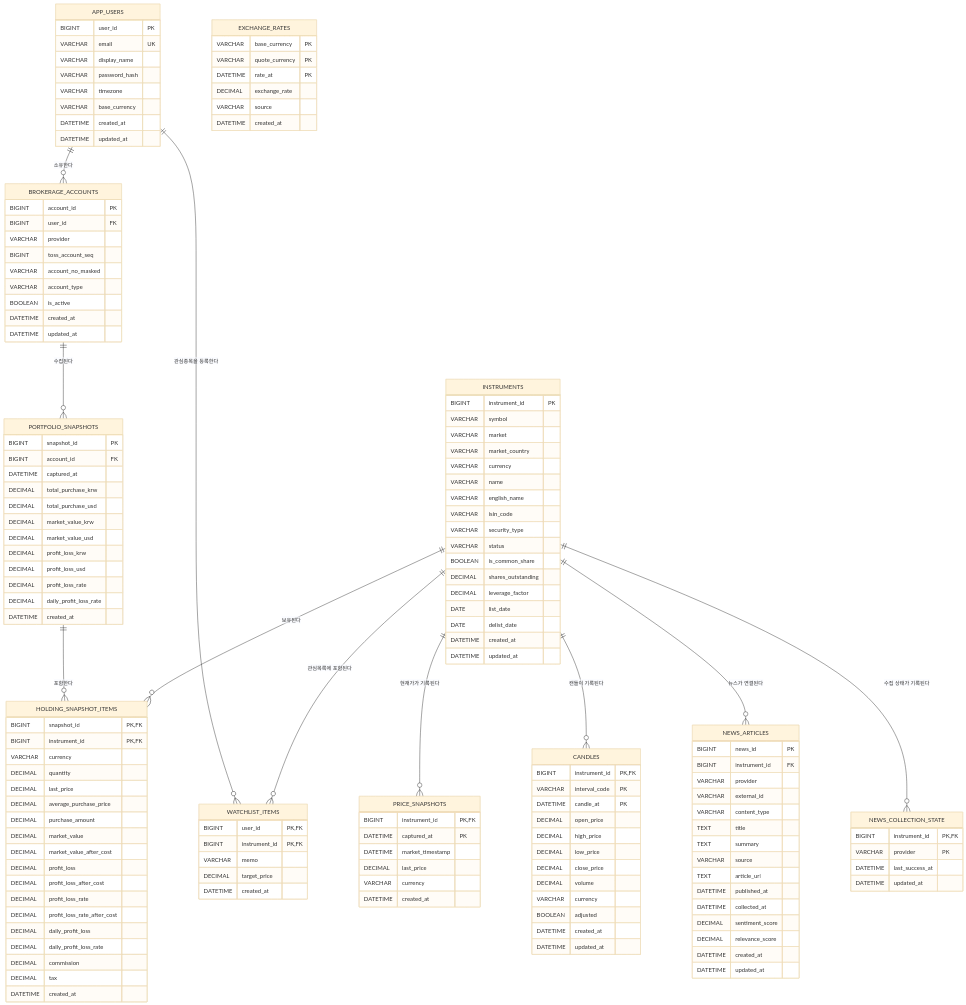
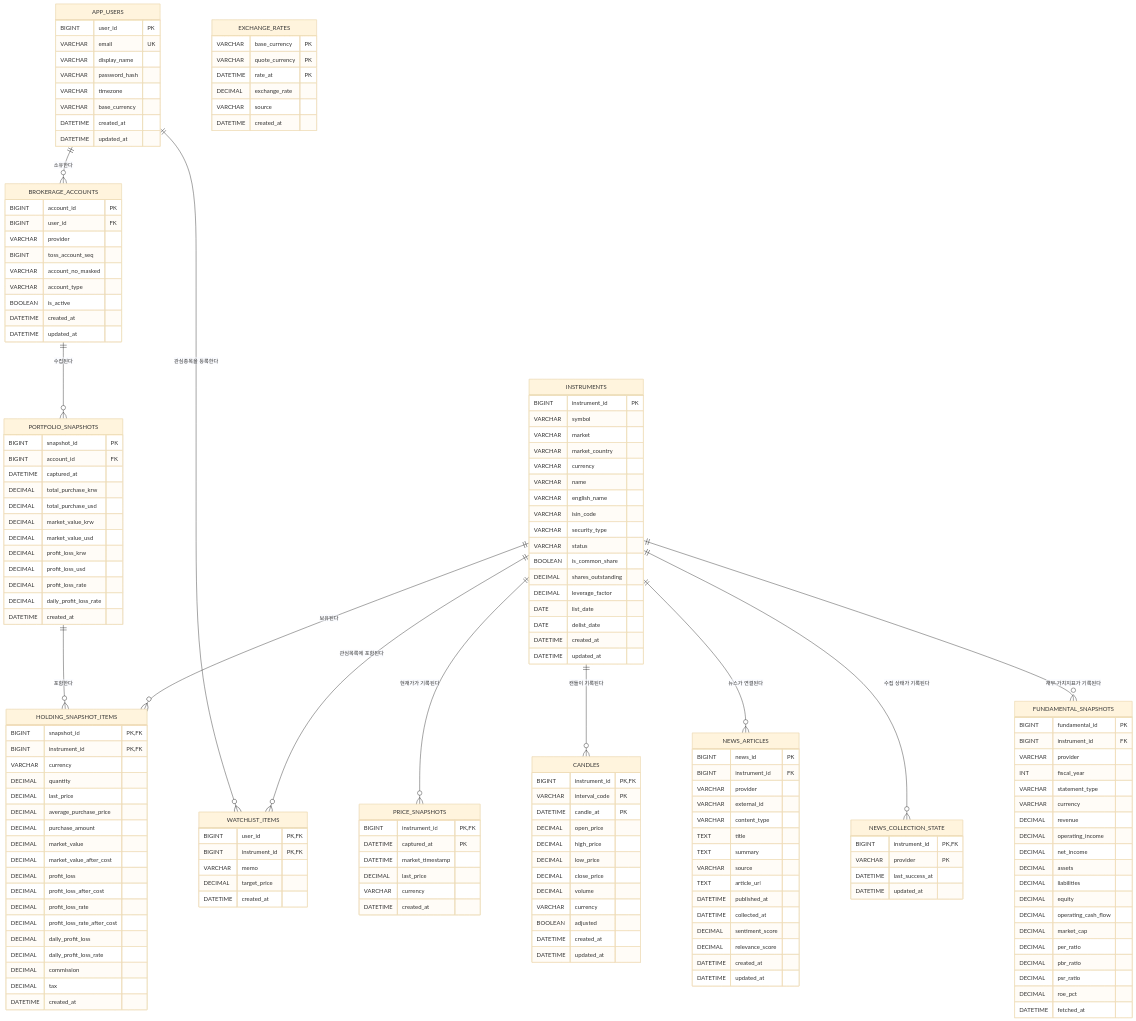
The diagram in README.md (kimgyeongmin5348/TOSS_MANAGER), drawn with Mermaid (base theme) before and after one commit. The commit also changed other lines of this file and 22 other files, not shown here.

````diff
--- a/README.md
+++ b/README.md
@@ -291,6 +377,28 @@
         DATETIME created_at
     }
 
+    FUNDAMENTAL_SNAPSHOTS {
+        BIGINT fundamental_id PK
+        BIGINT instrument_id FK
+        VARCHAR provider
+        INT fiscal_year
+        VARCHAR statement_type
+        VARCHAR currency
+        DECIMAL revenue
+        DECIMAL operating_income
+        DECIMAL net_income
+        DECIMAL assets
+        DECIMAL liabilities
+        DECIMAL equity
+        DECIMAL operating_cash_flow
+        DECIMAL market_cap
+        DECIMAL per_ratio
+        DECIMAL pbr_ratio
+        DECIMAL psr_ratio
+        DECIMAL roe_pct
+        DATETIME fetched_at
+    }
+
     APP_USERS ||--o{ BROKERAGE_ACCOUNTS : "소유한다"
     BROKERAGE_ACCOUNTS ||--o{ PORTFOLIO_SNAPSHOTS : "수집된다"
     PORTFOLIO_SNAPSHOTS ||--o{ HOLDING_SNAPSHOT_ITEMS : "포함한다"
@@ -299,6 +407,7 @@
     INSTRUMENTS ||--o{ CANDLES : "캔들이 기록된다"
     INSTRUMENTS ||--o{ NEWS_ARTICLES : "뉴스가 연결된다"
     INSTRUMENTS ||--o{ NEWS_COLLECTION_STATE : "수집 상태가 기록된다"
+    INSTRUMENTS ||--o{ FUNDAMENTAL_SNAPSHOTS : "재무·가치지표가 기록된다"
     APP_USERS ||--o{ WATCHLIST_ITEMS : "관심종목을 등록한다"
     INSTRUMENTS ||--o{ WATCHLIST_ITEMS : "관심목록에 포함된다"
 ```
````
